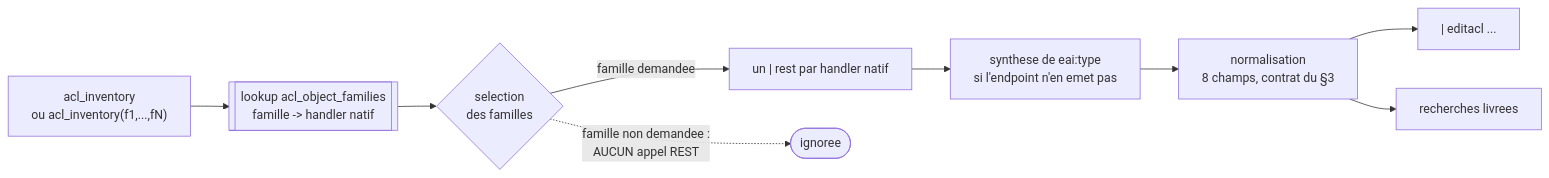
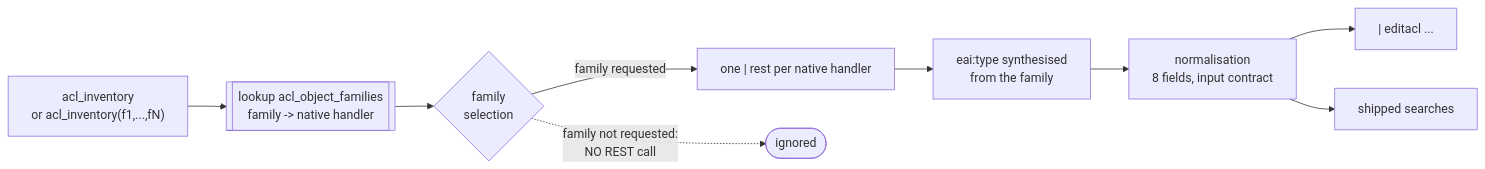
One commit to rafiki31130/SA-acl-tools changed the second of 2 diagrams in README.md. Above: the diagram before and after it, drawn with Mermaid. The commit also changed other lines of this file and 4 other files, not shown here.

````diff
--- a/README.md
+++ b/README.md
@@ -1433,11 +1085,11 @@
 ```mermaid
 flowchart LR
-  ARG["acl_inventory<br/>ou acl_inventory(f1,...,fN)"] --> LK
-  LK[["lookup acl_object_families<br/>famille -> handler natif"]] --> SEL
-  SEL{"selection<br/>des familles"} -->|"famille demandee"| MAP["un | rest par handler natif"]
-  SEL -.->|"famille non demandee :<br/>AUCUN appel REST"| SKIP(["ignoree"])
-  MAP --> SYN["synthese de eai:type<br/>si l'endpoint n'en emet pas"]
-  SYN --> NORM["normalisation<br/>8 champs, contrat du §3"]
+  ARG["acl_inventory<br/>or acl_inventory(f1,...,fN)"] --> LK
+  LK[["lookup acl_object_families<br/>family -> native handler"]] --> SEL
+  SEL{"family<br/>selection"} -->|"family requested"| MAP["one | rest per native handler"]
+  SEL -.->|"family not requested:<br/>NO REST call"| SKIP(["ignored"])
+  MAP --> SYN["eai:type synthesised<br/>from the family"]
+  SYN --> NORM["normalisation<br/>8 fields, input contract"]
   NORM --> CMD["| editacl ..."]
-  NORM --> RS["recherches livrees"]
+  NORM --> RS["shipped searches"]
 ```
````
